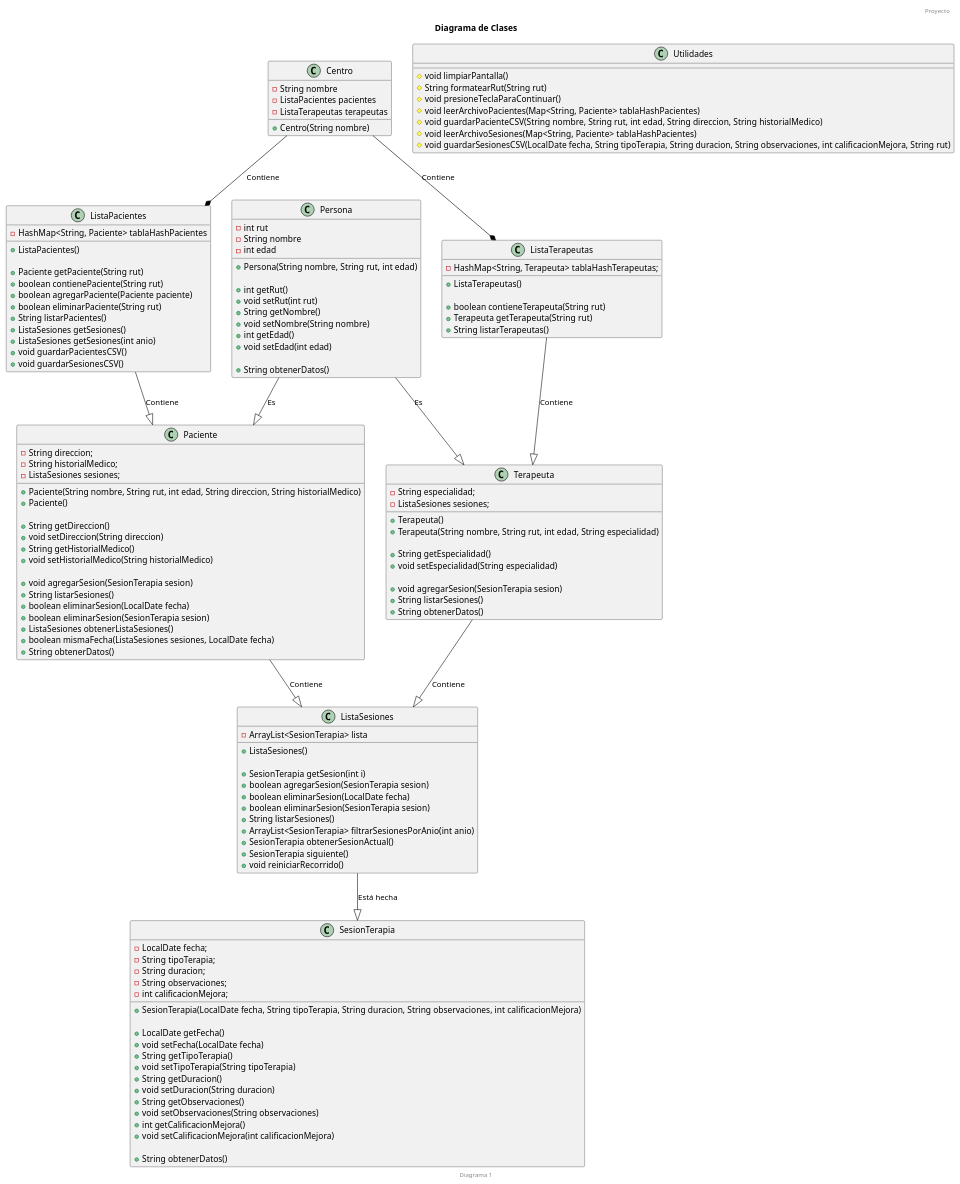
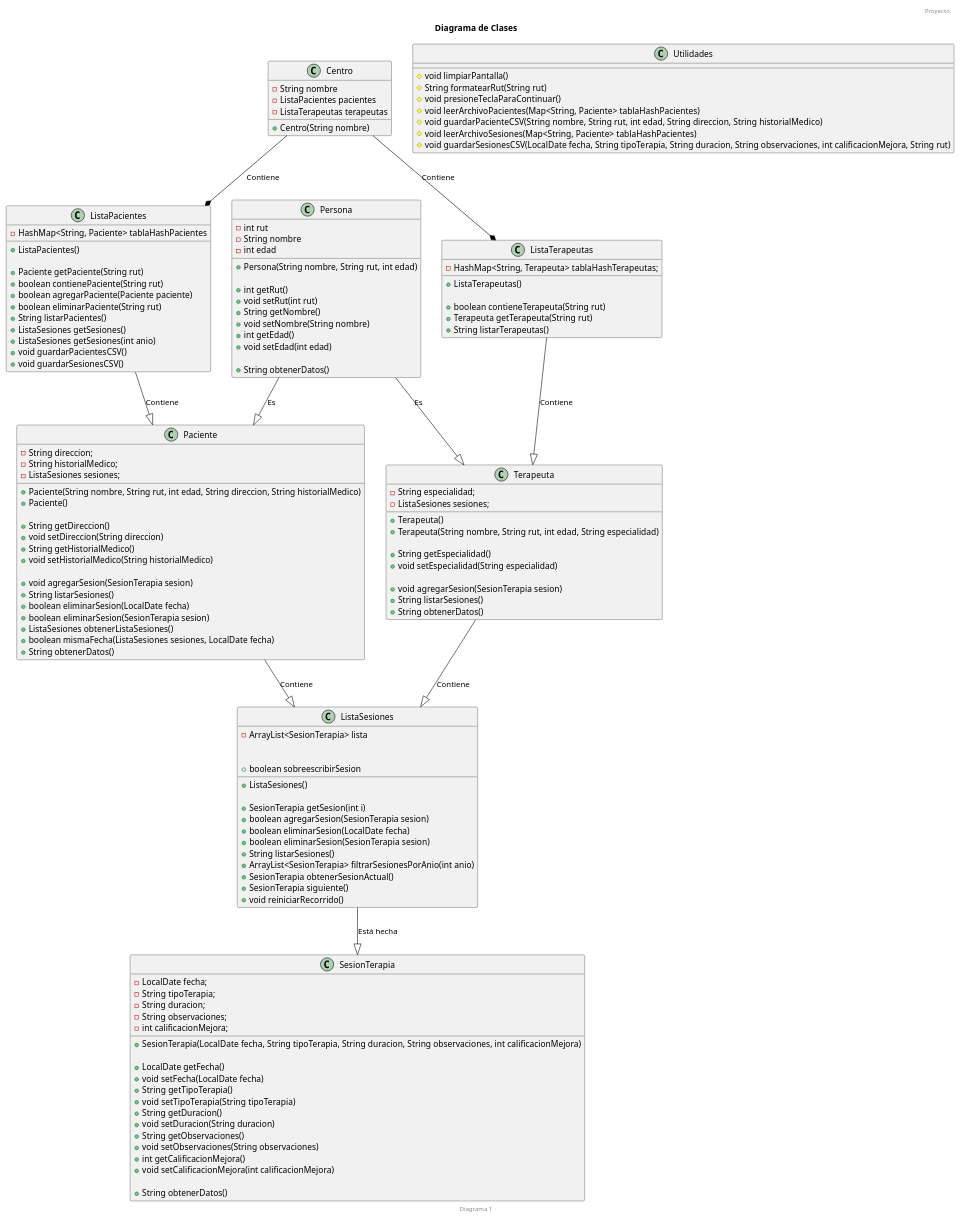
One commit to Ian-Misael/Proyecto-SIA changed the diagram in src/main/java/Diagramas/Diagrama de Clases.puml. Above: the diagram before and after it, drawn with PlantUML. The commit also changed 13 other files, not shown here.

```diff
--- a/src/main/java/Diagramas/Diagrama de Clases.puml
+++ b/src/main/java/Diagramas/Diagrama de Clases.puml
@@ -1,154 +1,155 @@
 @startuml Programa
 
 title Diagrama de Clases
 header Proyecto
 footer Diagrama 1
 
 class Centro {
     - String nombre
     - ListaPacientes pacientes
     - ListaTerapeutas terapeutas
 
     + Centro(String nombre)
 }
 
 class Persona {
     - int rut
     - String nombre
     - int edad
 
     + Persona(String nombre, String rut, int edad)
 
     + int getRut()
     + void setRut(int rut)
     + String getNombre()
     + void setNombre(String nombre)
     + int getEdad()
     + void setEdad(int edad)
 
     + String obtenerDatos()
 }
 
 class ListaPacientes {
     - HashMap<String, Paciente> tablaHashPacientes
     
     + ListaPacientes()
     
     + Paciente getPaciente(String rut)
     + boolean contienePaciente(String rut)
     + boolean agregarPaciente(Paciente paciente)
     + boolean eliminarPaciente(String rut)
     + String listarPacientes()
     + ListaSesiones getSesiones()
     + ListaSesiones getSesiones(int anio)
     + void guardarPacientesCSV()
     + void guardarSesionesCSV()
 }
 
 class Paciente {
     - String direccion;
     - String historialMedico;
     - ListaSesiones sesiones;
 
     + Paciente(String nombre, String rut, int edad, String direccion, String historialMedico)
     + Paciente()
 
     + String getDireccion()
     + void setDireccion(String direccion)
     + String getHistorialMedico()
     + void setHistorialMedico(String historialMedico)
     
     + void agregarSesion(SesionTerapia sesion)
     + String listarSesiones()
     + boolean eliminarSesion(LocalDate fecha)
     + boolean eliminarSesion(SesionTerapia sesion)
     + ListaSesiones obtenerListaSesiones()
     + boolean mismaFecha(ListaSesiones sesiones, LocalDate fecha)
     + String obtenerDatos()
 }
 
 class ListaTerapeutas {
     - HashMap<String, Terapeuta> tablaHashTerapeutas;
     
     + ListaTerapeutas()
     
     + boolean contieneTerapeuta(String rut)
     + Terapeuta getTerapeuta(String rut)
     + String listarTerapeutas()
 }
 
 class Terapeuta {
     - String especialidad;
     - ListaSesiones sesiones;
     
     + Terapeuta()
     + Terapeuta(String nombre, String rut, int edad, String especialidad)
     
     + String getEspecialidad()
     + void setEspecialidad(String especialidad)
 
     + void agregarSesion(SesionTerapia sesion)
     + String listarSesiones() 
     + String obtenerDatos()
 }
 
 class ListaSesiones {
     - ArrayList<SesionTerapia> lista
 
     + ListaSesiones()
     
     + SesionTerapia getSesion(int i)
     + boolean agregarSesion(SesionTerapia sesion)
     + boolean eliminarSesion(LocalDate fecha)      
     + boolean eliminarSesion(SesionTerapia sesion)
     + String listarSesiones()
+    + boolean sobreescribirSesion
     + ArrayList<SesionTerapia> filtrarSesionesPorAnio(int anio)
     + SesionTerapia obtenerSesionActual()
     + SesionTerapia siguiente()
     + void reiniciarRecorrido()
 }
 
 class SesionTerapia {
     - LocalDate fecha;
     - String tipoTerapia;
     - String duracion;
     - String observaciones;
     - int calificacionMejora;
     
     + SesionTerapia(LocalDate fecha, String tipoTerapia, String duracion, String observaciones, int calificacionMejora)
 
     + LocalDate getFecha()
     + void setFecha(LocalDate fecha)
     + String getTipoTerapia() 
     + void setTipoTerapia(String tipoTerapia)
     + String getDuracion()
     + void setDuracion(String duracion)
     + String getObservaciones() 
     + void setObservaciones(String observaciones)
     + int getCalificacionMejora()
     + void setCalificacionMejora(int calificacionMejora)
 
     + String obtenerDatos()
 }
 
 class Utilidades {
     # void limpiarPantalla()
     # String formatearRut(String rut)
     # void presioneTeclaParaContinuar()
     # void leerArchivoPacientes(Map<String, Paciente> tablaHashPacientes)
     # void guardarPacienteCSV(String nombre, String rut, int edad, String direccion, String historialMedico)
     # void leerArchivoSesiones(Map<String, Paciente> tablaHashPacientes)
     # void guardarSesionesCSV(LocalDate fecha, String tipoTerapia, String duracion, String observaciones, int calificacionMejora, String rut)
 }
 
 Centro -[#black]-* ListaPacientes : Contiene
 Centro -[#black]-* ListaTerapeutas : Contiene
 Persona --|> Paciente : Es
 Persona --|> Terapeuta : Es
 ListaPacientes --|> Paciente : Contiene
 ListaTerapeutas --|> Terapeuta : Contiene
 Paciente --|> ListaSesiones : Contiene
 Terapeuta --|> ListaSesiones : Contiene
 ListaSesiones --|> SesionTerapia : Está hecha
 
 @enduml
```
